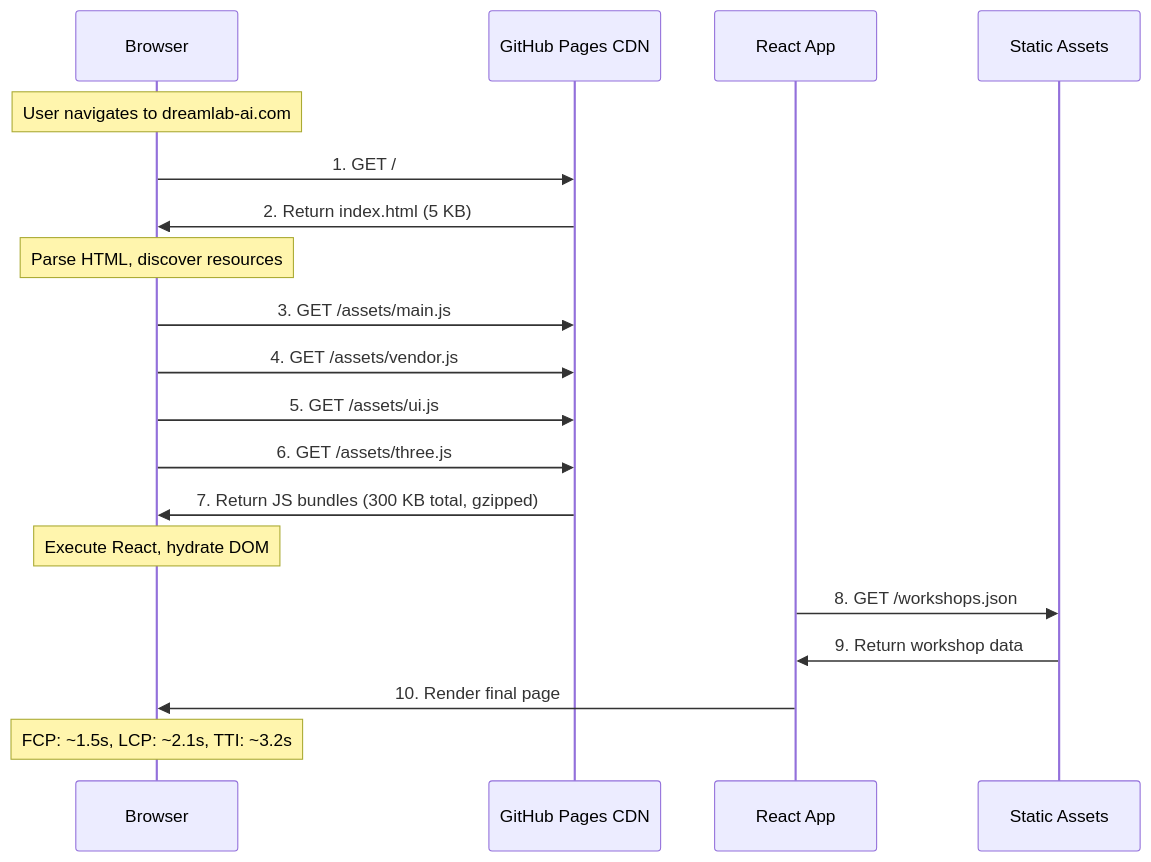
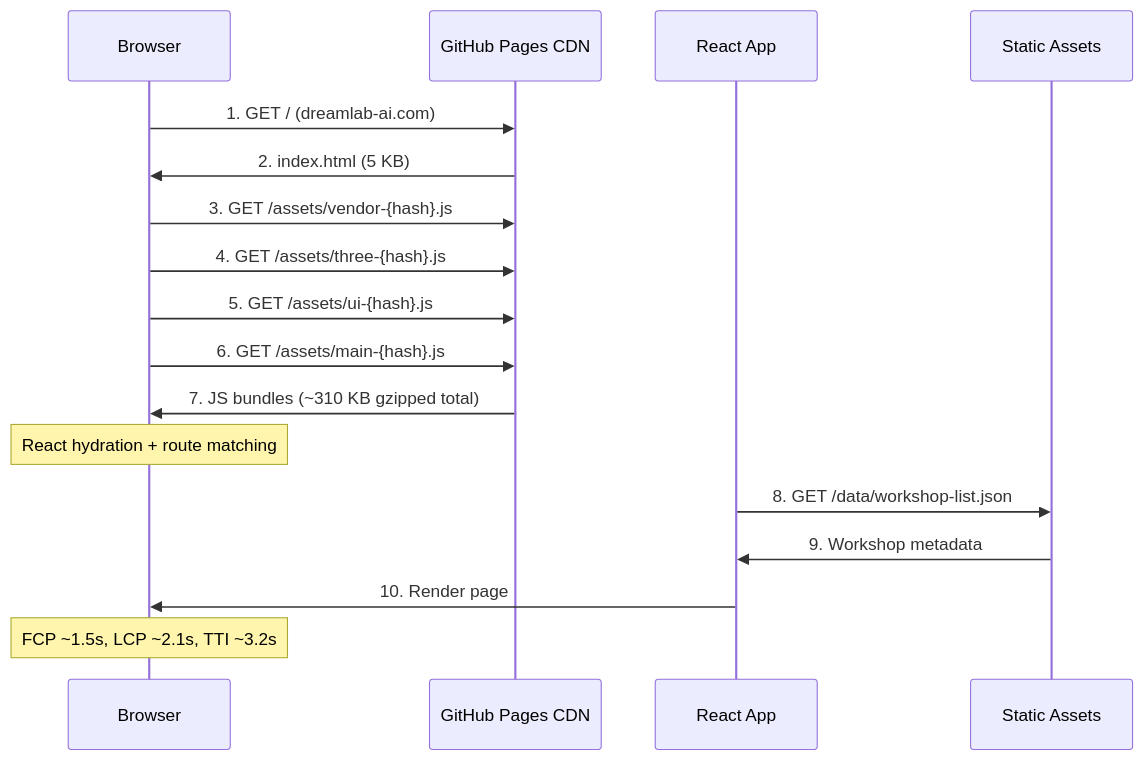
One commit to DreamLab-AI/dreamlab-ai-website changed the seventh of 18 diagrams in docs/architecture/DATA_FLOW.md. Above: the diagram before and after it, drawn with Mermaid. The commit also changed other lines of this file and 49 other files, not shown here.

````diff
--- a/docs/architecture/DATA_FLOW.md
+++ b/docs/architecture/DATA_FLOW.md
@@ -59,27 +222,23 @@
 ```mermaid
 sequenceDiagram
     participant B as Browser
     participant CDN as GitHub Pages CDN
     participant React as React App
     participant Static as Static Assets
 
-    Note over B: User navigates to dreamlab-ai.com
-    B->>CDN: 1. GET /
-    CDN->>B: 2. Return index.html (5 KB)
+    B->>CDN: 1. GET / (dreamlab-ai.com)
+    CDN->>B: 2. index.html (5 KB)
 
-    Note over B: Parse HTML, discover resources
-    B->>CDN: 3. GET /assets/main.js
-    B->>CDN: 4. GET /assets/vendor.js
-    B->>CDN: 5. GET /assets/ui.js
-    B->>CDN: 6. GET /assets/three.js
+    B->>CDN: 3. GET /assets/vendor-{hash}.js
+    B->>CDN: 4. GET /assets/three-{hash}.js
+    B->>CDN: 5. GET /assets/ui-{hash}.js
+    B->>CDN: 6. GET /assets/main-{hash}.js
+    CDN->>B: 7. JS bundles (~310 KB gzipped total)
 
-    CDN->>B: 7. Return JS bundles (300 KB total, gzipped)
+    Note over B: React hydration + route matching
+    React->>Static: 8. GET /data/workshop-list.json
+    Static->>React: 9. Workshop metadata
+    React->>B: 10. Render page
 
-    Note over B: Execute React, hydrate DOM
-    React->>Static: 8. GET /workshops.json
-    Static->>React: 9. Return workshop data
-
-    React->>B: 10. Render final page
-
-    Note over B: FCP: ~1.5s, LCP: ~2.1s, TTI: ~3.2s
+    Note over B: FCP ~1.5s, LCP ~2.1s, TTI ~3.2s
 ```
````
